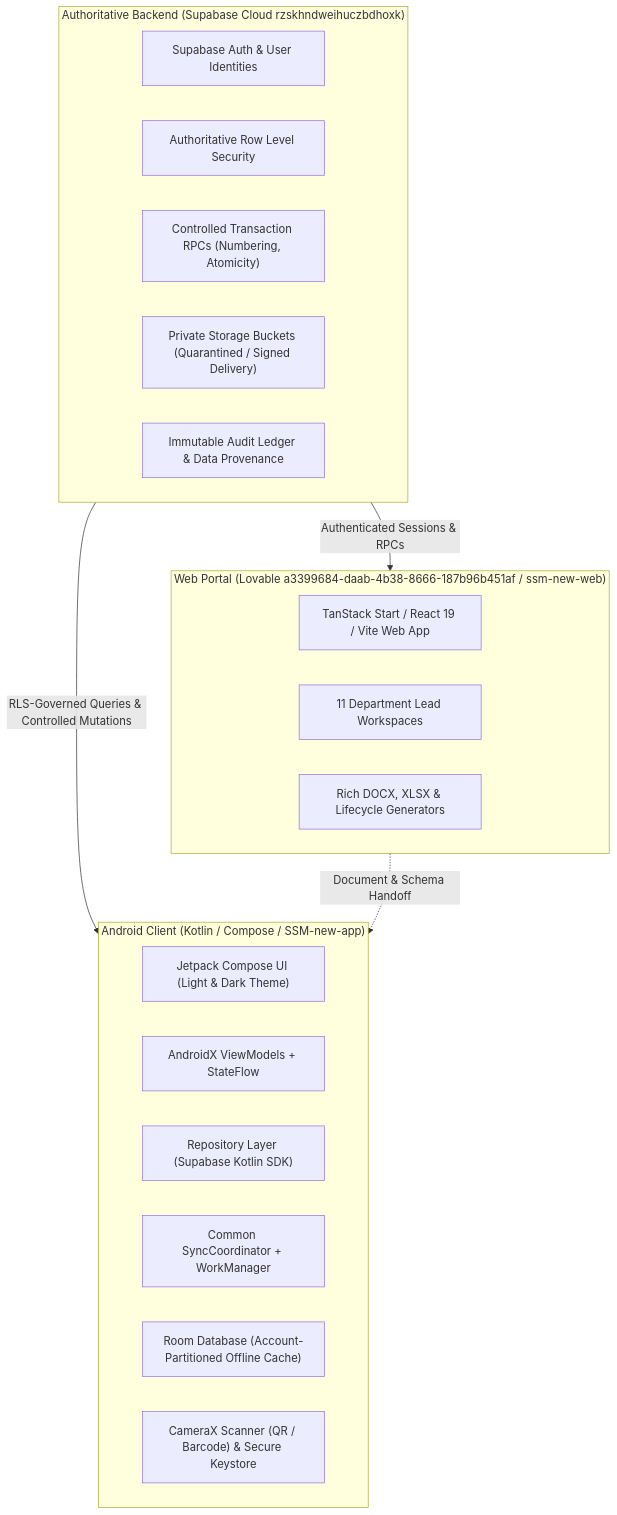
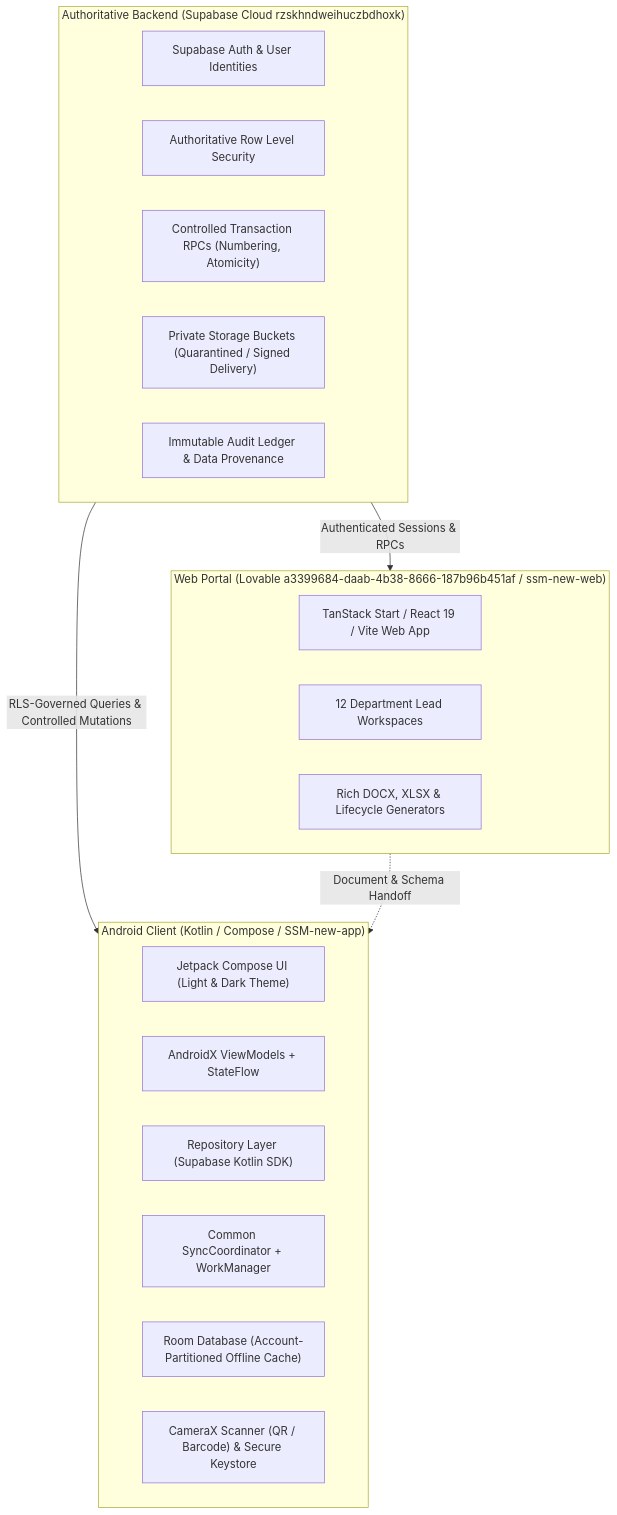
The first of 5 diagrams in docs/planning/SSM_ONE_ANDROID_BUILD_PLAN.md (narendok/SSM-new-app), drawn with Mermaid before and after one commit. The commit also changed other lines of this file, not shown here.

Commit message:
docs(plan): sync canonical 12-department architecture and dynamic responsibility matrix in Android build plan

````diff
--- a/docs/planning/SSM_ONE_ANDROID_BUILD_PLAN.md
+++ b/docs/planning/SSM_ONE_ANDROID_BUILD_PLAN.md
@@ -20,29 +20,29 @@
 ```mermaid
 flowchart TD
     subgraph BackendAuthority["Authoritative Backend (Supabase Cloud rzskhndweihuczbdhoxk)"]
         AUTH["Supabase Auth & User Identities"]
         RLS["Authoritative Row Level Security"]
         RPC["Controlled Transaction RPCs (Numbering, Atomicity)"]
         BUCKETS["Private Storage Buckets (Quarantined / Signed Delivery)"]
         AUDIT["Immutable Audit Ledger & Data Provenance"]
     end
 
     subgraph WebPortal["Web Portal (Lovable a3399684-daab-4b38-8666-187b96b451af / ssm-new-web)"]
         WEB_UI["TanStack Start / React 19 / Vite Web App"]
-        WEB_WORKSPACES["11 Department Lead Workspaces"]
+        WEB_WORKSPACES["12 Department Lead Workspaces"]
         WEB_EDITORS["Rich DOCX, XLSX & Lifecycle Generators"]
     end
 
     subgraph AndroidClient["Android Client (Kotlin / Compose / SSM-new-app)"]
         COMPOSE["Jetpack Compose UI (Light & Dark Theme)"]
         VIEWMODEL["AndroidX ViewModels + StateFlow"]
         REPO["Repository Layer (Supabase Kotlin SDK)"]
         SYNC["Common SyncCoordinator + WorkManager"]
         ROOM["Room Database (Account-Partitioned Offline Cache)"]
         HARDWARE["CameraX Scanner (QR / Barcode) & Secure Keystore"]
     end
 
     BackendAuthority -->|Authenticated Sessions & RPCs| WebPortal
     BackendAuthority -->|RLS-Governed Queries & Controlled Mutations| AndroidClient
     WebPortal -.->|Document & Schema Handoff| AndroidClient
 ```
````
